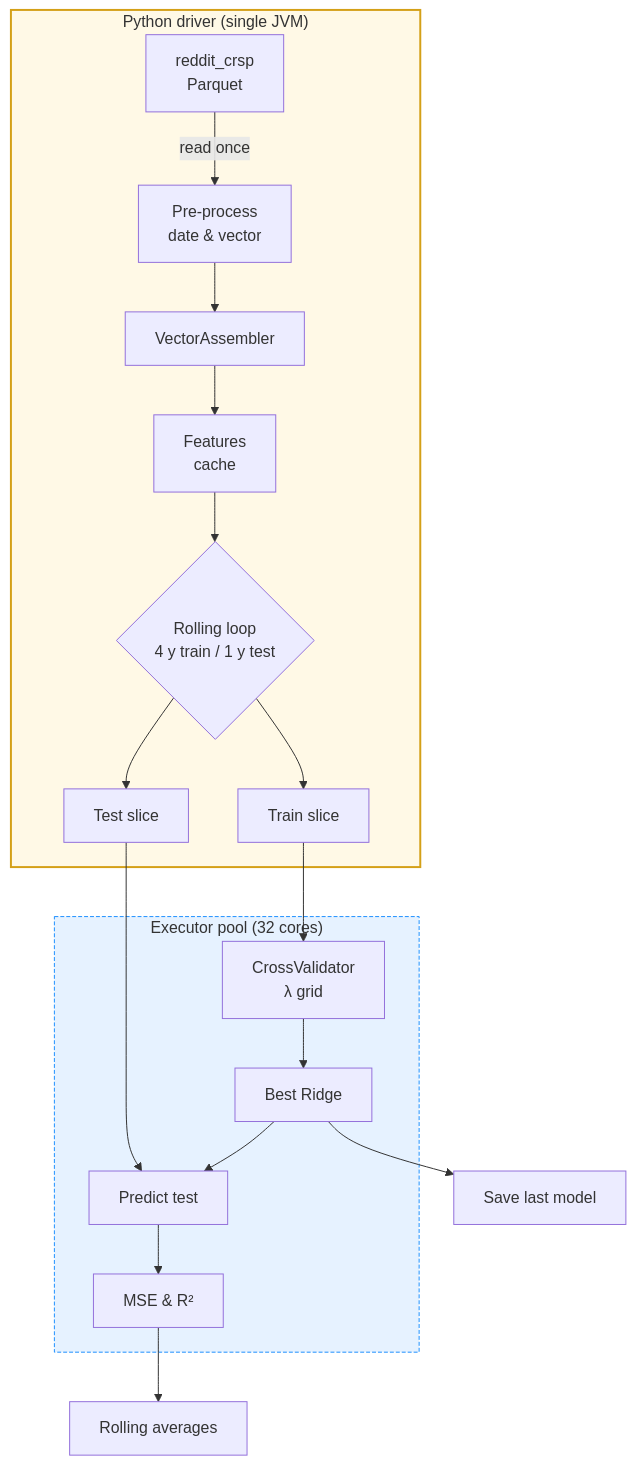
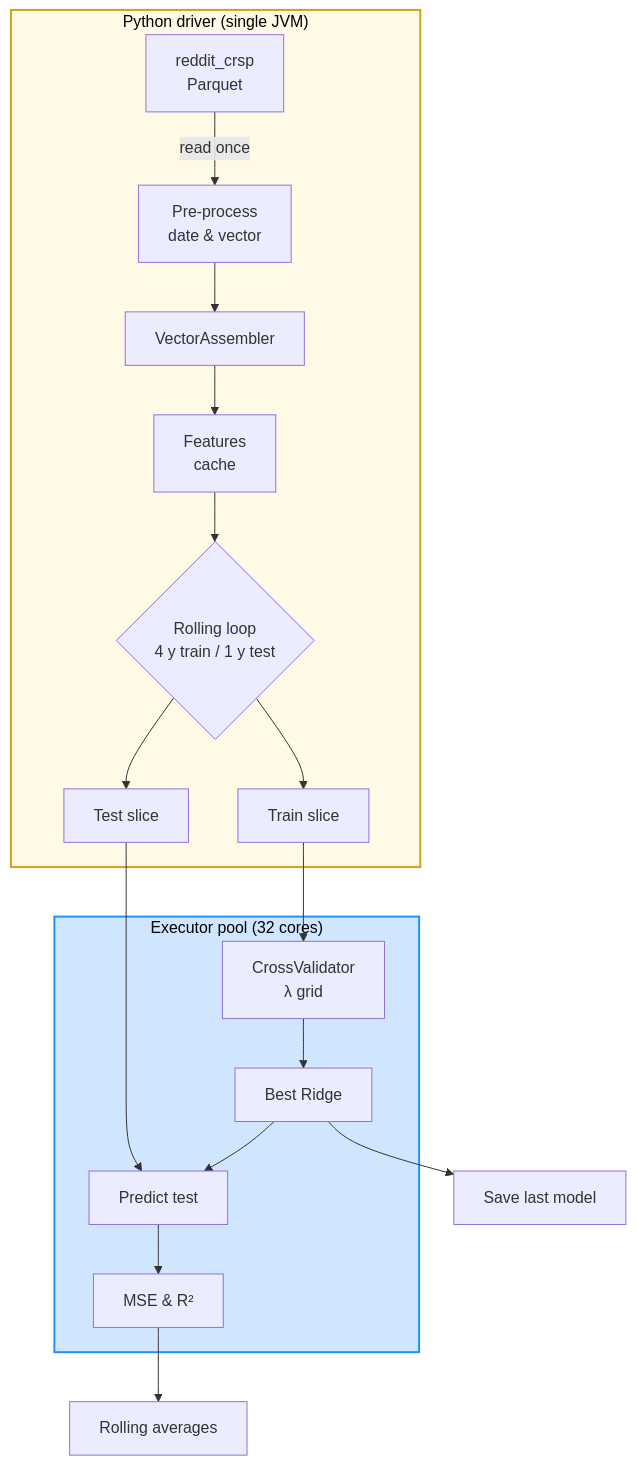
One commit to macs30123-s24/final-project-reddit-wsb-volatility-prediction changed the eighth of 8 diagrams in README.md. Above: the diagram before and after it, drawn with Mermaid. The commit also changed other lines of this file, not shown here.

````diff
--- a/README.md
+++ b/README.md
@@ -632,43 +633,43 @@
 ```mermaid
 flowchart TD
     %% ========= Driver scope =========
     subgraph DRIVER["Python driver (single JVM)"]
         SRC[reddit_crsp<br/>Parquet]
         PRE[Pre-process<br/>date & vector]
         ASM[VectorAssembler]
         FEAT[Features<br/>cache]
         SPLIT{Rolling loop<br/>4 y train / 1 y test}
         TRAIN[Train slice]
         TEST[Test slice]
 
         SRC -->|read once| PRE
         PRE --> ASM
         ASM --> FEAT
         FEAT --> SPLIT
         SPLIT --> TRAIN
         SPLIT --> TEST
     end
     class DRIVER drv
 
     %% ========= Executor pool =========
     subgraph EXEC["Executor pool (32 cores)"]
         CV[CrossValidator<br/>λ grid]
         BEST[Best Ridge]
         PRED[Predict test]
         MET[MSE & R²]
     end
     class EXEC exe
 
     %% ========= Cross-scope edges =========
     TRAIN --> CV
     CV --> BEST
     BEST --> PRED
     TEST --> PRED
     PRED --> MET
     MET --> AVG[Rolling averages]
     BEST --> SAVE[Save last model]
 
     %% ========= Styling =========
-    classDef drv fill:#fff9e6,stroke:#d4a017,stroke-width:2px;
-    classDef exe fill:#e6f2ff,stroke:#1e90ff,stroke-dasharray:4 2;
+    classDef drv fill:#fff9e6,stroke:#d4a017,stroke-width:2px,color:#000;
+    classDef exe fill:#d0e6ff,stroke:#1e90ff,stroke-width:2px,color:#000;
 ```
````
